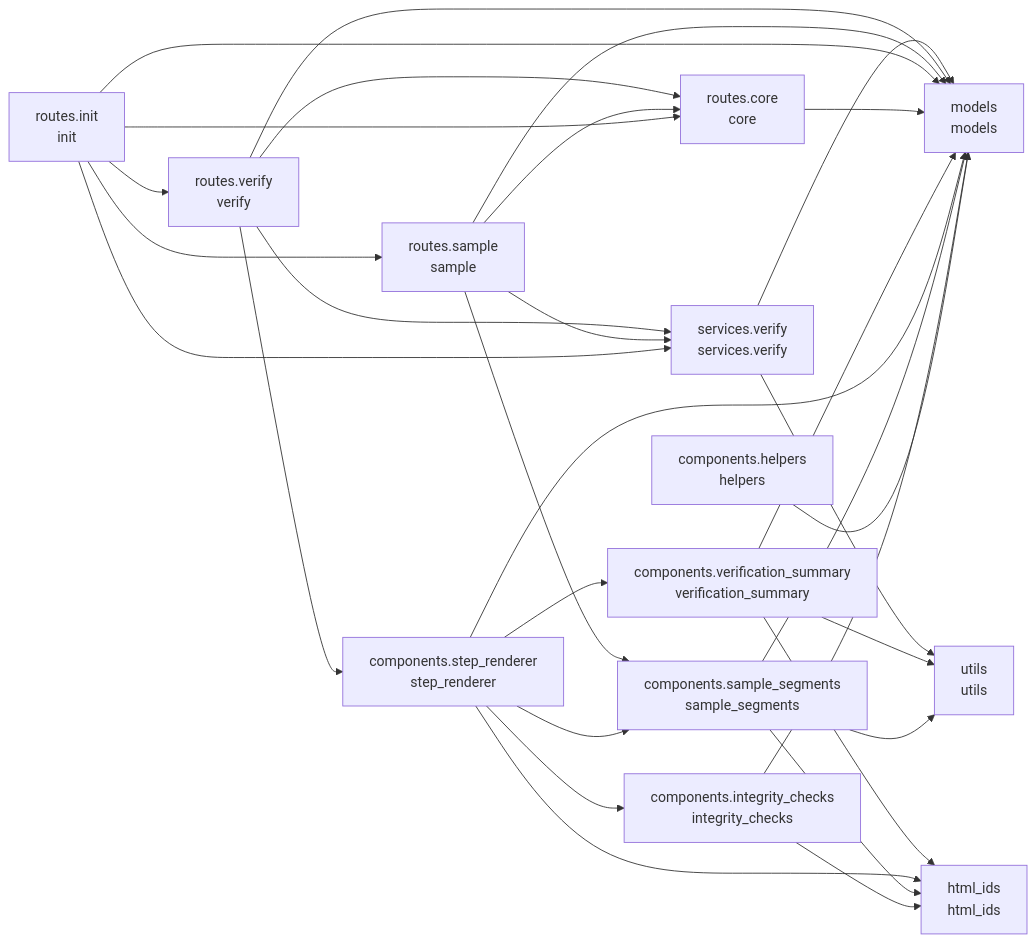
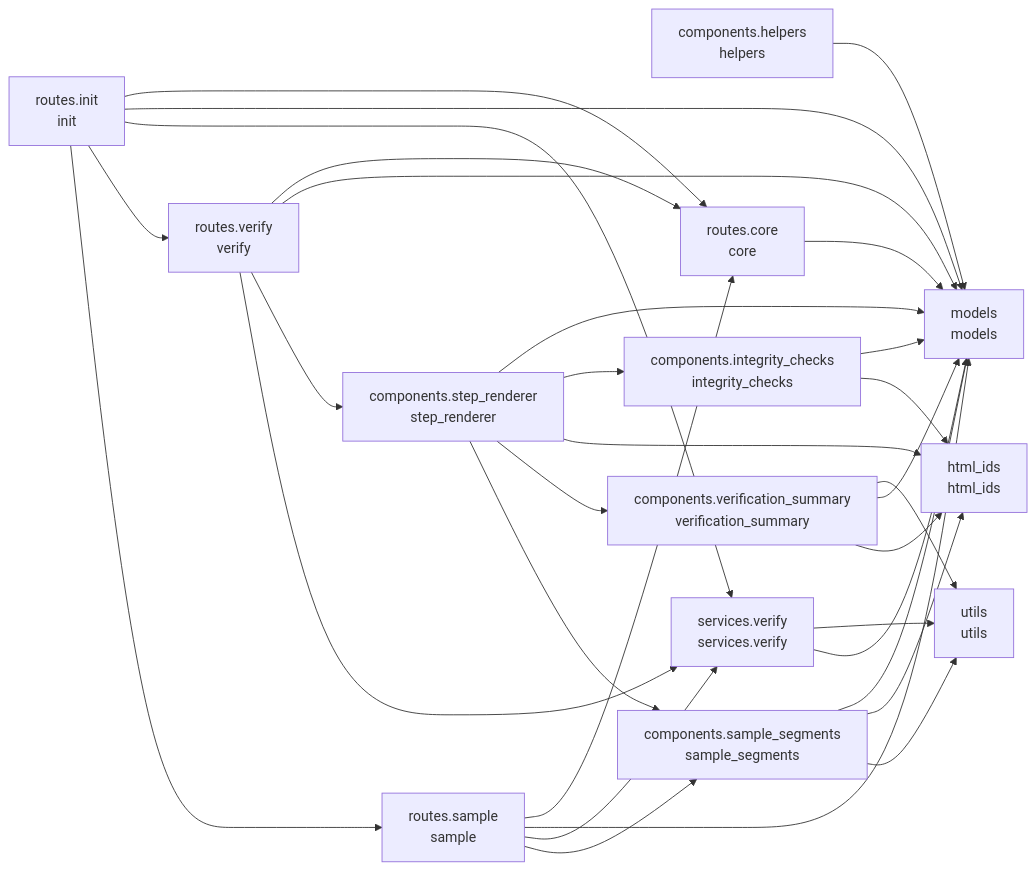
The diagram in README.md (cj-mills/cjm-transcript-verify), drawn with Mermaid before and after one commit. The commit also changed other lines of this file and 5 other files, not shown here.

Commit message:
Add serialization methods to SegmentSample and VerificationResult.

````diff
--- a/README.md
+++ b/README.md
@@ -36,47 +36,47 @@
 ``` mermaid
 graph LR
     components_helpers[components.helpers<br/>helpers]
     components_integrity_checks[components.integrity_checks<br/>integrity_checks]
     components_sample_segments[components.sample_segments<br/>sample_segments]
     components_step_renderer[components.step_renderer<br/>step_renderer]
     components_verification_summary[components.verification_summary<br/>verification_summary]
     html_ids[html_ids<br/>html_ids]
     models[models<br/>models]
     routes_core[routes.core<br/>core]
     routes_init[routes.init<br/>init]
     routes_sample[routes.sample<br/>sample]
     routes_verify[routes.verify<br/>verify]
     services_verify[services.verify<br/>services.verify]
     utils[utils<br/>utils]
 
     components_helpers --> models
+    components_integrity_checks --> models
     components_integrity_checks --> html_ids
-    components_integrity_checks --> models
+    components_sample_segments --> models
     components_sample_segments --> html_ids
-    components_sample_segments --> models
     components_sample_segments --> utils
+    components_step_renderer --> models
+    components_step_renderer --> components_integrity_checks
+    components_step_renderer --> html_ids
+    components_step_renderer --> components_verification_summary
     components_step_renderer --> components_sample_segments
-    components_step_renderer --> html_ids
-    components_step_renderer --> models
-    components_step_renderer --> components_verification_summary
-    components_step_renderer --> components_integrity_checks
-    components_verification_summary --> html_ids
     components_verification_summary --> utils
     components_verification_summary --> models
+    components_verification_summary --> html_ids
     routes_core --> models
+    routes_init --> routes_core
     routes_init --> models
     routes_init --> services_verify
+    routes_init --> routes_verify
     routes_init --> routes_sample
-    routes_init --> routes_verify
-    routes_init --> routes_core
+    routes_sample --> routes_core
     routes_sample --> models
     routes_sample --> services_verify
-    routes_sample --> routes_core
     routes_sample --> components_sample_segments
+    routes_verify --> routes_core
     routes_verify --> models
+    routes_verify --> components_step_renderer
     routes_verify --> services_verify
-    routes_verify --> components_step_renderer
-    routes_verify --> routes_core
+    services_verify --> utils
     services_verify --> models
-    services_verify --> utils
 ```
````
